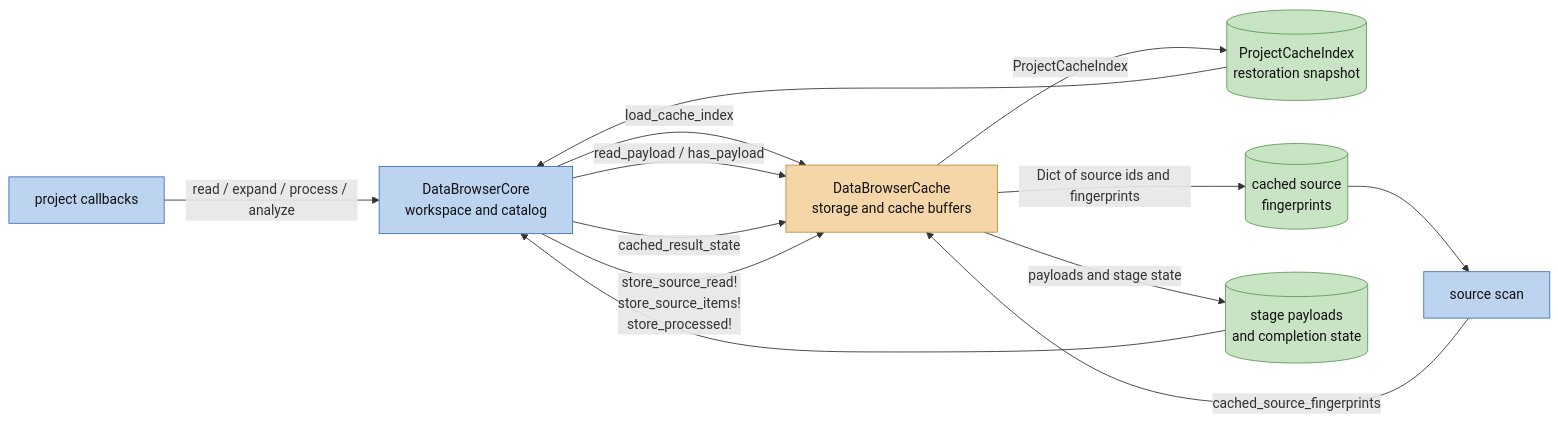
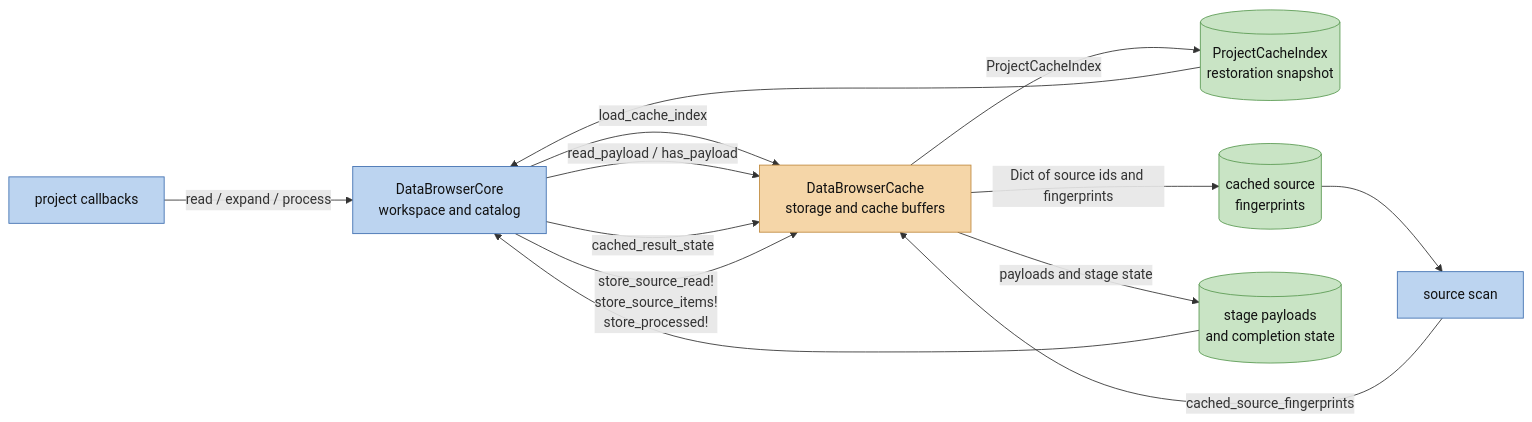
The third of 5 diagrams in docs/ARCHITECTURE.md (digiefel/DataBrowser), drawn with Mermaid before and after one commit. The commit also changed other lines of this file and 32 other files, not shown here.

First line of the commit message:
Remove the analyze stages from Core

````diff
--- a/docs/ARCHITECTURE.md
+++ b/docs/ARCHITECTURE.md
@@ -322,30 +314,30 @@
 ```mermaid
 flowchart LR
     core["DataBrowserCore<br/>workspace and catalog"]
     scan["source scan"]
     cache["DataBrowserCache<br/>storage and cache buffers"]
     snapshot[("ProjectCacheIndex<br/>restoration snapshot")]
     fingerprints[("cached source<br/>fingerprints")]
     payloads[("stage payloads<br/>and completion state")]
     source["project callbacks"]
 
     core -->|"load_cache_index"| cache
     cache -->|"ProjectCacheIndex"| snapshot
     snapshot --> core
     scan -->|"cached_source_fingerprints"| cache
     cache -->|"Dict of source ids and fingerprints"| fingerprints
     fingerprints --> scan
     core -->|"read_payload / has_payload"| cache
     core -->|"cached_result_state"| cache
     cache -->|"payloads and stage state"| payloads
     payloads --> core
     core -->|"store_source_read!<br/>store_source_items!<br/>store_processed!"| cache
-    source -->|"read / expand / process / analyze"| core
+    source -->|"read / expand / process"| core
 
     classDef coreC fill:#bcd4f0,stroke:#3f6fb0,color:#111
     classDef cacheC fill:#f5d6a8,stroke:#c08a3f,color:#111
     classDef stateC fill:#c9e4c5,stroke:#5a9a52,color:#111
     class core,scan,source coreC
     class cache cacheC
     class snapshot,fingerprints,payloads stateC
 ```
````
